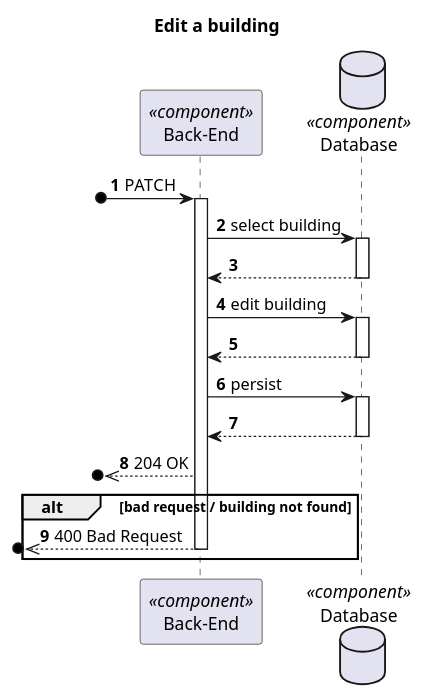
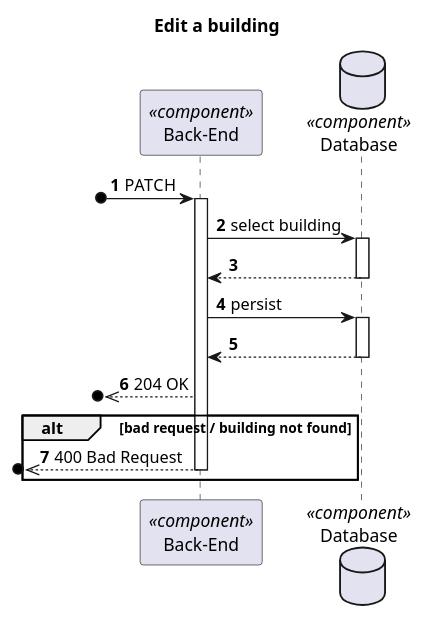
Before and after one commit to 1210910/lapr5: the diagram in docs/Vista Processo/US160/ProcessView_Level3_US160.puml, drawn with PlantUML. The commit also changed 33 other files, not shown here.

```diff
--- a/docs/Vista Processo/US160/ProcessView_Level3_US160.puml
+++ b/docs/Vista Processo/US160/ProcessView_Level3_US160.puml
@@ -1,37 +1,33 @@
 @startuml Process View - Level 3
 
 autonumber
 skinparam packageStyle rect
 
 title Edit a building
 
 participant "Back-End" as BE <<component>>
 database "Database" as DB <<component>>
 
 ?o-> BE : PATCH
 
 activate BE
 
 BE -> DB : select building
 activate DB
 DB --> BE
 deactivate DB
 
-BE -> DB : edit building
-activate DB
-DB --> BE
-deactivate DB
 
 BE -> DB : persist
 activate DB
 DB --> BE
 deactivate DB
 
 ?o<<-- BE : 204 OK
 
 alt bad request / building not found
 ?o<<-- BE : 400 Bad Request
 deactivate BE
 end
 
 @enduml
```
